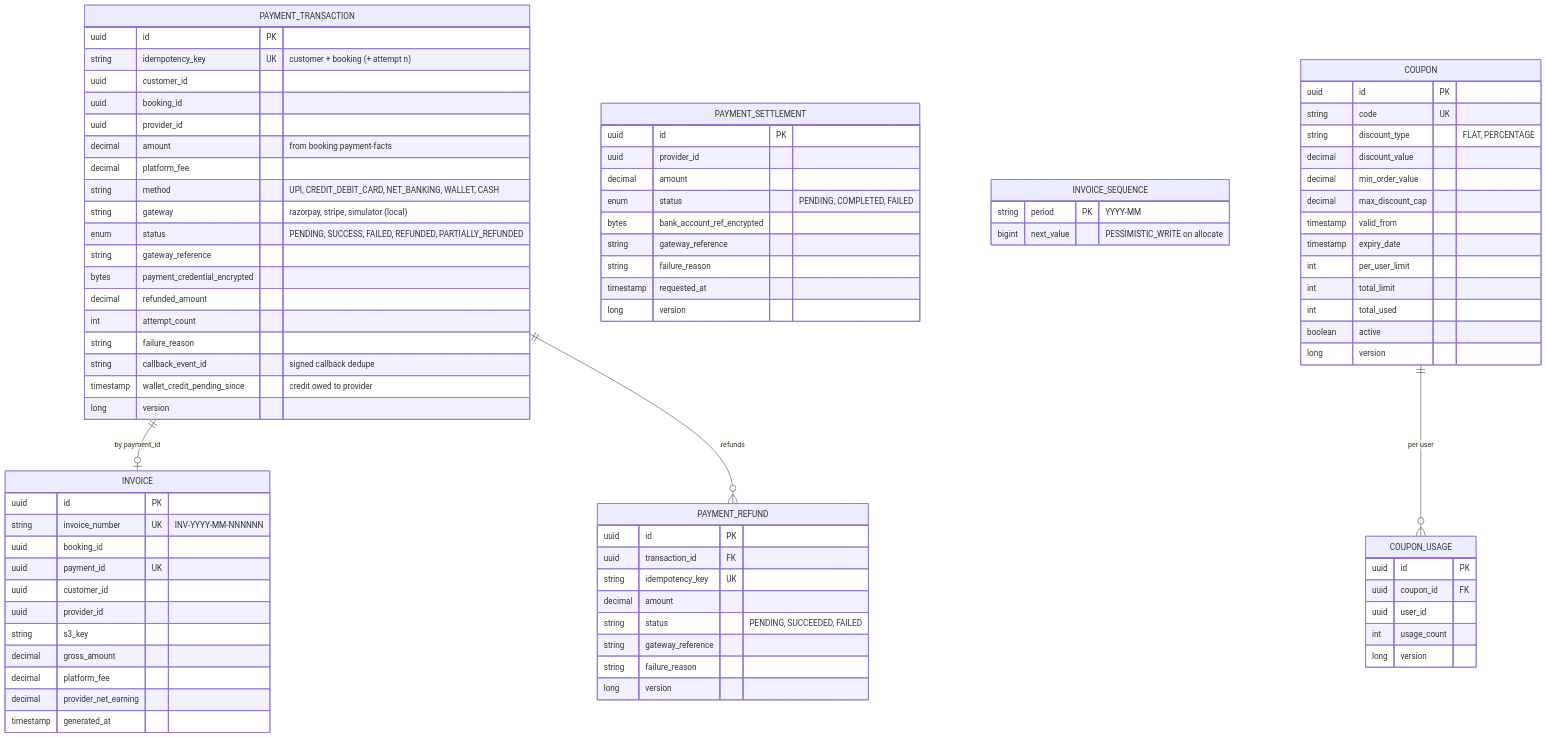
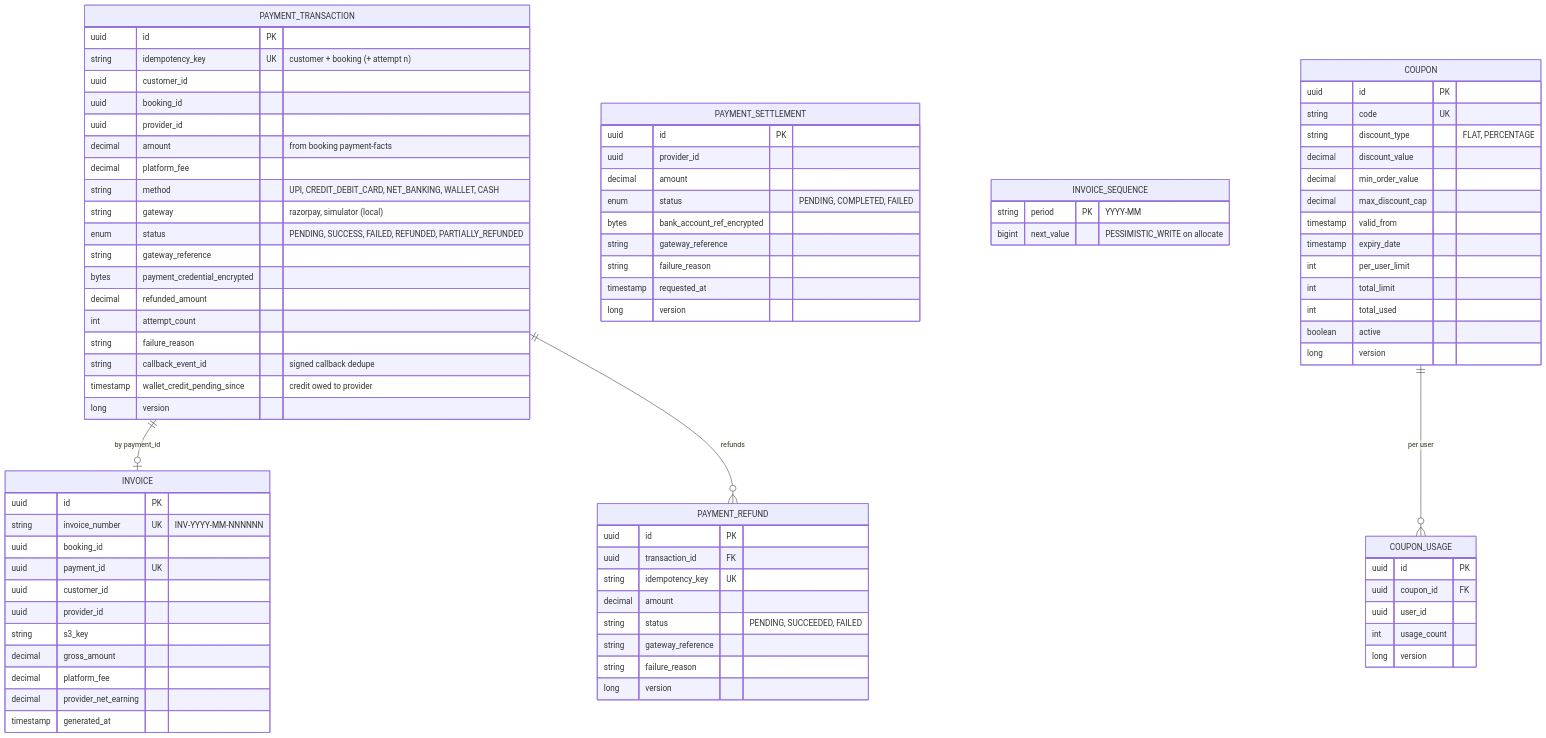
One commit to condigence/ji-hajoor changed diagram 20 of 30 in docs/ARCHITECTURE.md. Above: the diagram before and after it, drawn with Mermaid. The commit also changed other lines of this file and 361 other files, not shown here.

```diff
--- a/docs/ARCHITECTURE.md
+++ b/docs/ARCHITECTURE.md
@@ -1121,7 +1151,7 @@
         decimal amount "from booking payment-facts"
         decimal platform_fee
         string method "UPI, CREDIT_DEBIT_CARD, NET_BANKING, WALLET, CASH"
-        string gateway "razorpay, stripe, simulator (local)"
+        string gateway "razorpay, simulator (local)"
         enum status "PENDING, SUCCESS, FAILED, REFUNDED, PARTIALLY_REFUNDED"
         string gateway_reference
         bytes payment_credential_encrypted
```
